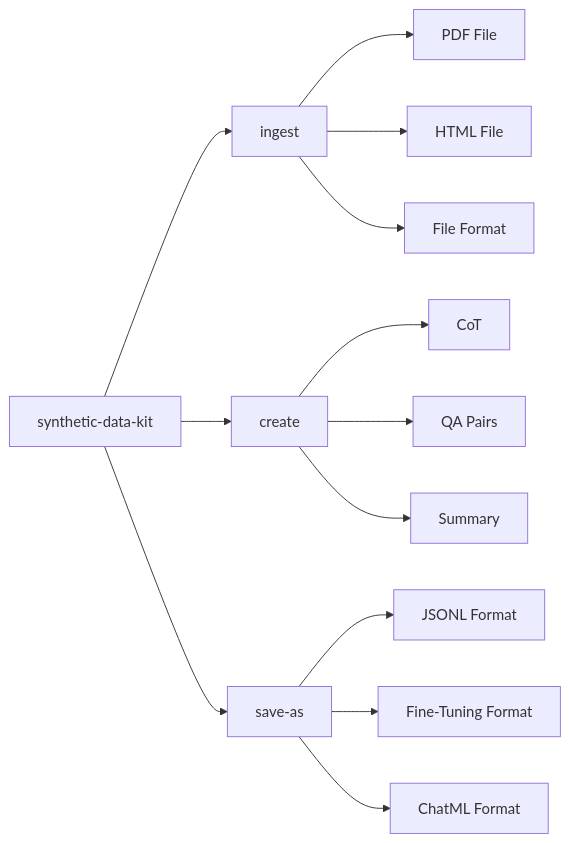
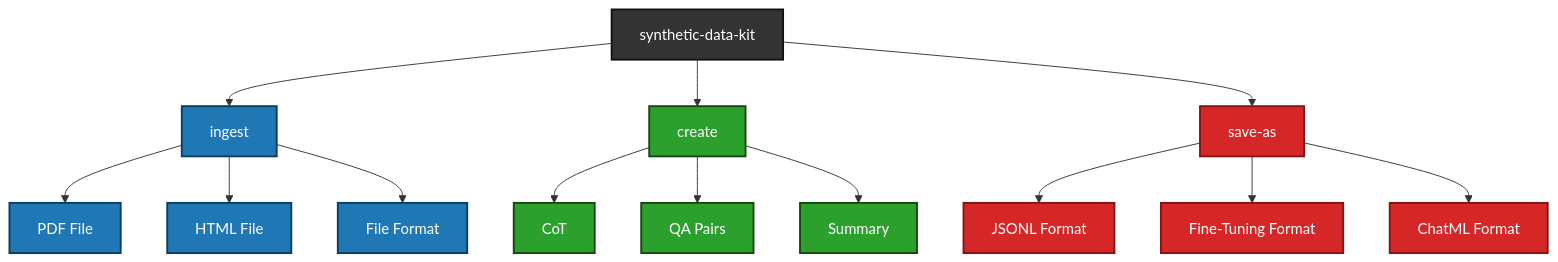
One commit to TheVixhal/tds changed the diagram in README.md. Above: the diagram before and after it, drawn with Mermaid.

````diff
--- a/README.md
+++ b/README.md
@@ -1,20 +1,32 @@
 ```mermaid
-graph LR
-    SDK[synthetic-data-kit] --> Ingest[ingest]
+graph TD
+    classDef sdk fill:#333,color:#fff,stroke:#111,stroke-width:2px;
+    classDef ingestBranch fill:#1f77b4,color:#fff,stroke:#0e3c61,stroke-width:2px;
+    classDef createBranch fill:#2ca02c,color:#fff,stroke:#1a4314,stroke-width:2px;
+    classDef saveasBranch fill:#d62728,color:#fff,stroke:#801515,stroke-width:2px;
+
+    SDK[synthetic-data-kit]
+    
+    SDK --> Ingest[ingest]
     SDK --> Create[create]
     SDK --> SaveAs[save-as]
     
     Ingest --> PDFFile[PDF File]
     Ingest --> HTMLFile[HTML File]
     Ingest --> YouTubeURL[File Format]
 
-    
     Create --> CoT[CoT]
     Create --> QA[QA Pairs]
     Create --> Summary[Summary]
-    
-    
+
     SaveAs --> JSONL[JSONL Format]
     SaveAs --> FT[Fine-Tuning Format]
     SaveAs --> ChatML[ChatML Format]
+
+    class SDK sdk;
+    class Ingest,PDFFile,HTMLFile,YouTubeURL ingestBranch;
+    class Create,CoT,QA,Summary createBranch;
+    class SaveAs,JSONL,FT,ChatML saveasBranch;
+
+
 ```
````
